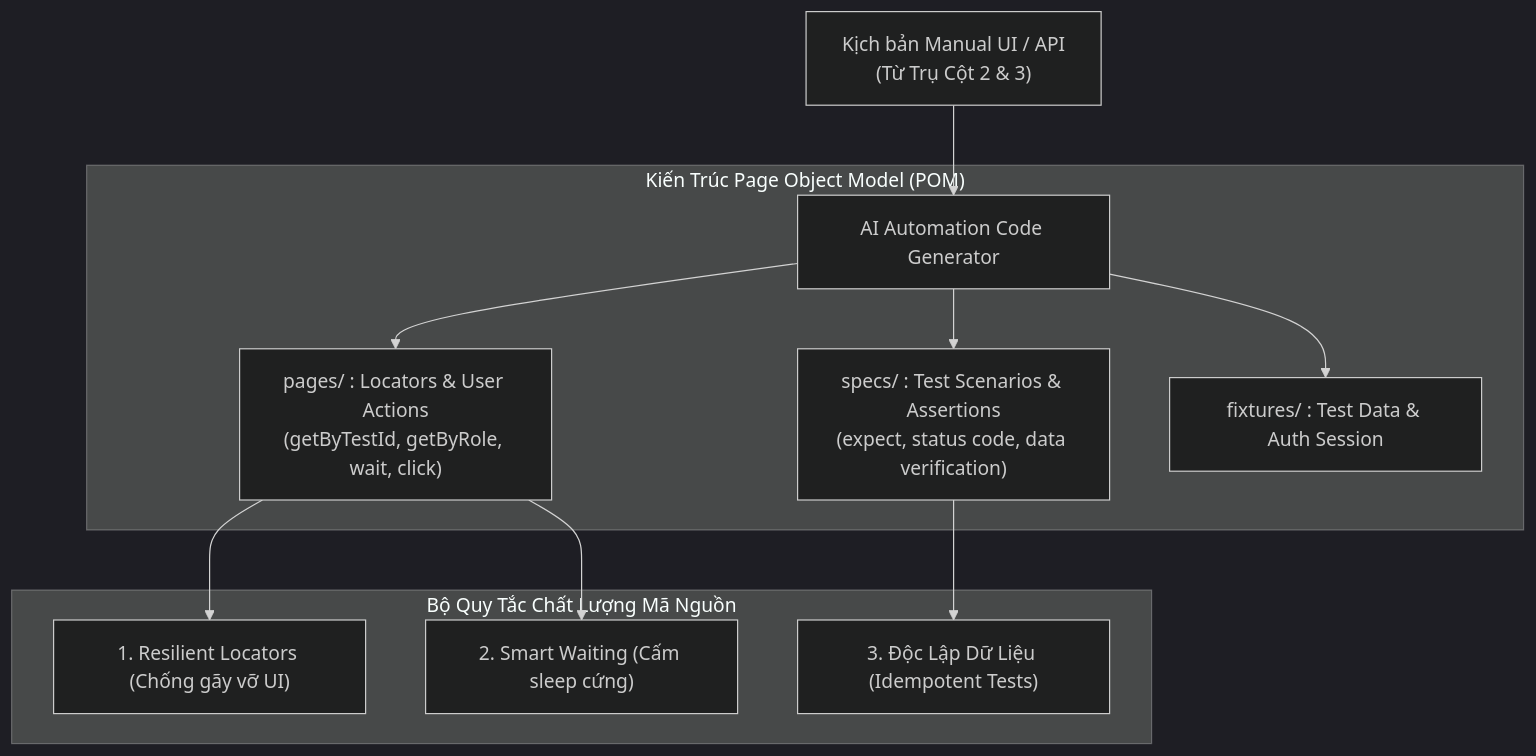
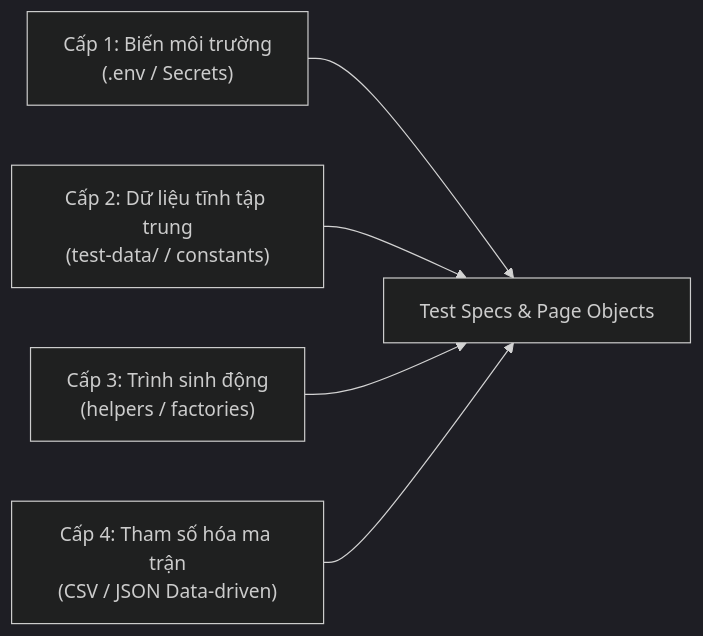
One commit to leo1133/SurrealDoll changed the second of 5 diagrams in Universal_Rules/05_automation_test_rule.md. Above: the diagram before and after it, drawn with Mermaid (dark theme). The commit also changed other lines of this file and 14 other files, not shown here.

Commit message:
feat(rules): standardize universal automation test rule and update test artifacts

````diff
--- a/Universal_Rules/05_automation_test_rule.md
+++ b/Universal_Rules/05_automation_test_rule.md
@@ -16,16 +40,7 @@
 ```mermaid
-flowchart TD
-    Manual_TC["Kịch bản Manual UI / API<br>(Từ Trụ Cột 2 & 3)"] --> AI_Generator["AI Automation Code Generator"]
-    
-    subgraph UI_Architecture ["Kiến Trúc Page Object Model (POM)"]
-        AI_Generator --> Pages["pages/ : Locators & User Actions<br>(getByTestId, getByRole, wait, click)"]
-        AI_Generator --> Specs["specs/ : Test Scenarios & Assertions<br>(expect, status code, data verification)"]
-        AI_Generator --> Fixtures["fixtures/ : Test Data & Auth Session"]
-    end
-    
-    subgraph Code_Quality ["Bộ Quy Tắc Chất Lượng Mã Nguồn"]
-        Pages --> L1["1. Resilient Locators (Chống gãy vỡ UI)"]
-        Pages --> L2["2. Smart Waiting (Cấm sleep cứng)"]
-        Specs --> L3["3. Độc Lập Dữ Liệu (Idempotent Tests)"]
-    end
+flowchart LR
+    L1["Cấp 1: Biến môi trường<br>(.env / Secrets)"] --> Consumed["Test Specs & Page Objects"]
+    L2["Cấp 2: Dữ liệu tĩnh tập trung<br>(test-data/ / constants)"] --> Consumed
+    L3["Cấp 3: Trình sinh động<br>(helpers / factories)"] --> Consumed
+    L4["Cấp 4: Tham số hóa ma trận<br>(CSV / JSON Data-driven)"] --> Consumed
 ```
````
